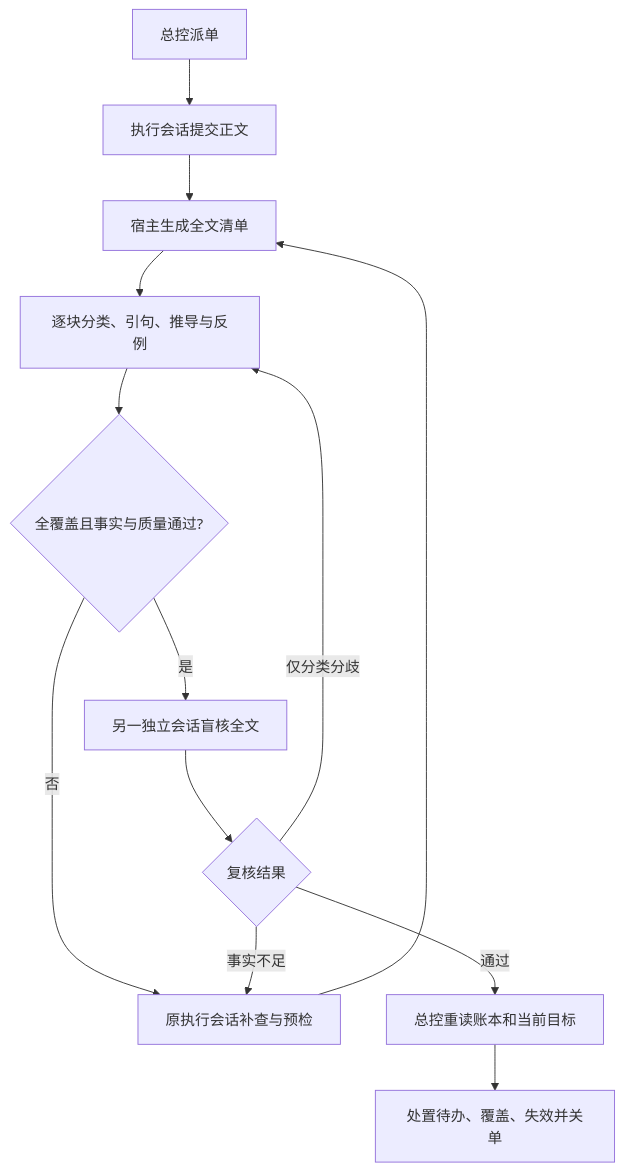
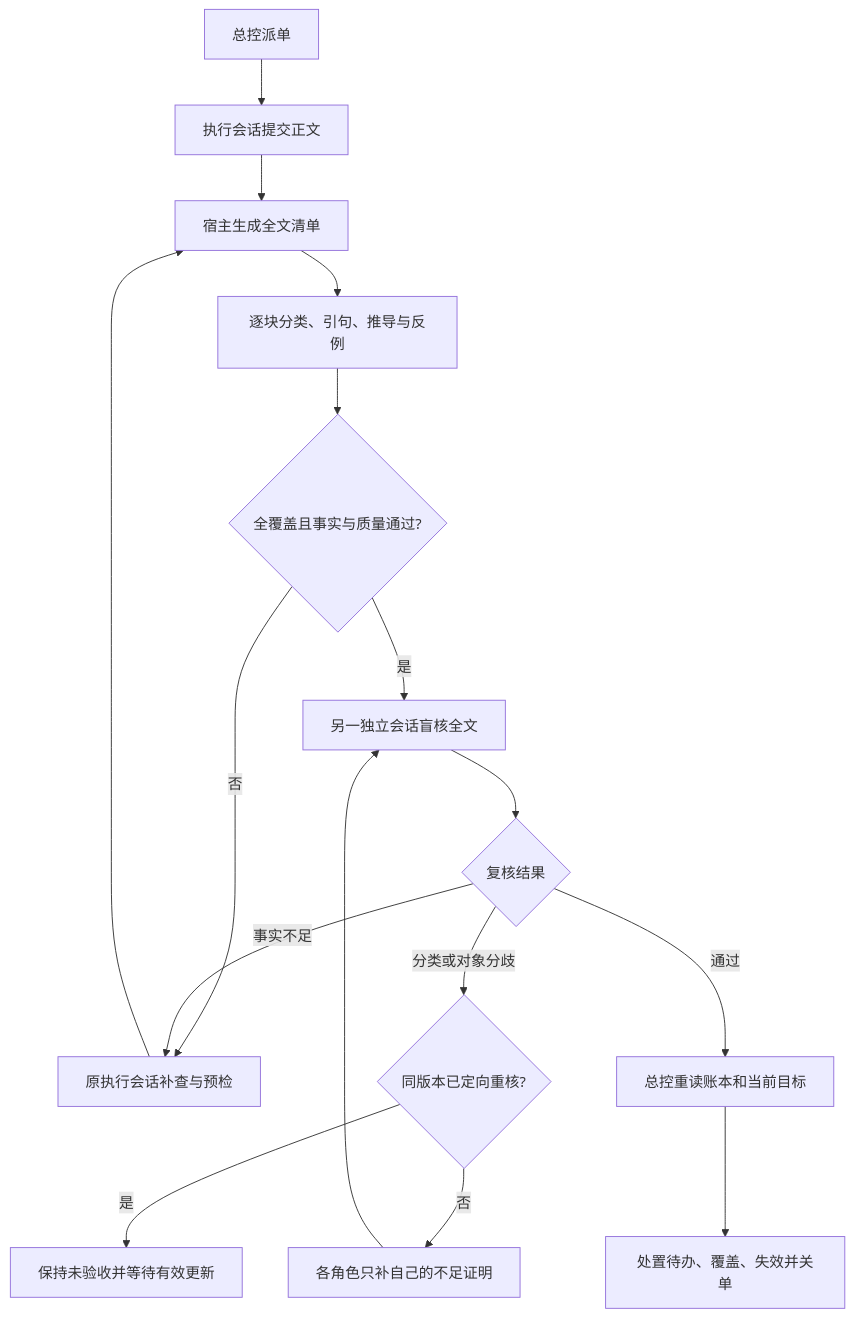
The diagram in governance/full-coverage.md (MingoYung/dsh-building-loop), drawn with Mermaid before and after one commit. The commit also changed other lines of this file and 65 other files, not shown here.

````diff
--- a/governance/full-coverage.md
+++ b/governance/full-coverage.md
@@ -31,15 +35,18 @@
 ```mermaid
 flowchart TD
   A[总控派单] --> B[执行会话提交正文]
   B --> C[宿主生成全文清单]
   C --> D[逐块分类、引句、推导与反例]
   D --> E{全覆盖且事实与质量通过?}
   E -- 否 --> F[原执行会话补查与预检]
   F --> C
   E -- 是 --> G[另一独立会话盲核全文]
   G --> H{复核结果}
   H -- 事实不足 --> F
-  H -- 仅分类分歧 --> D
+  H -- 分类或对象分歧 --> K{同版本已定向重核?}
+  K -- 否 --> L[各角色只补自己的不足证明]
+  L --> G
+  K -- 是 --> M[保持未验收并等待有效更新]
   H -- 通过 --> I[总控重读账本和当前目标]
   I --> J[处置待办、覆盖、失效并关单]
 ```
````
